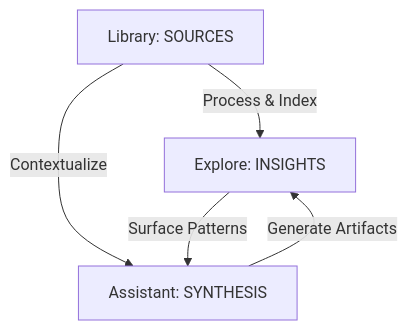
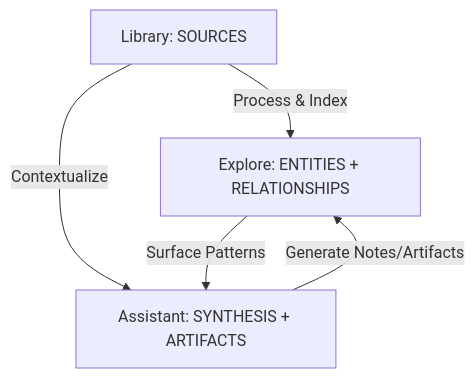
Before and after one commit to sgeraldes/hidock-next: the diagram in docs/specs/11_CONCEPTUAL_FRAMEWORK.md, drawn with Mermaid. The commit also changed other lines of this file and 27 other files, not shown here.

````diff
--- a/docs/specs/11_CONCEPTUAL_FRAMEWORK.md
+++ b/docs/specs/11_CONCEPTUAL_FRAMEWORK.md
@@ -13,7 +27,7 @@
 ```mermaid
 graph TD
-    L[Library: SOURCES] -->|Process & Index| E[Explore: INSIGHTS]
-    L -->|Contextualize| A[Assistant: SYNTHESIS]
+    L[Library: SOURCES] -->|Process & Index| E[Explore: ENTITIES + RELATIONSHIPS]
+    L -->|Contextualize| A[Assistant: SYNTHESIS + ARTIFACTS]
     E -->|Surface Patterns| A
-    A -->|Generate Artifacts| E
+    A -->|Generate Notes/Artifacts| E
 ```
````
